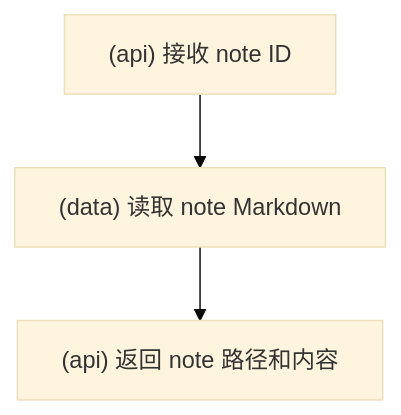
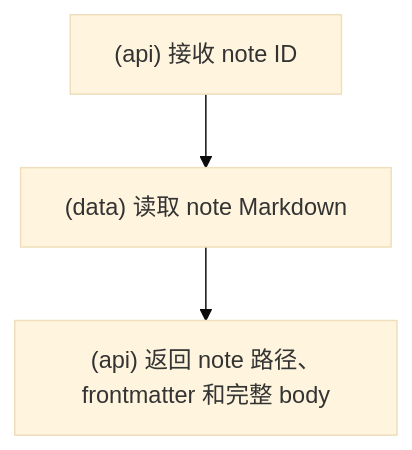
Diagram 18 of 21 in docs/流程图.md (srangerme/KBManager), drawn with Mermaid (base theme) before and after one commit. The commit also changed other lines of this file and 18 other files, not shown here.

````diff
--- a/docs/流程图.md
+++ b/docs/流程图.md
@@ -265,5 +265,5 @@
 ```mermaid
 flowchart TD
   A["(api) 接收 note ID"] --> B["(data) 读取 note Markdown"]
-  B --> C["(api) 返回 note 路径和内容"]
+  B --> C["(api) 返回 note 路径、frontmatter 和完整 body"]
 ```
````
